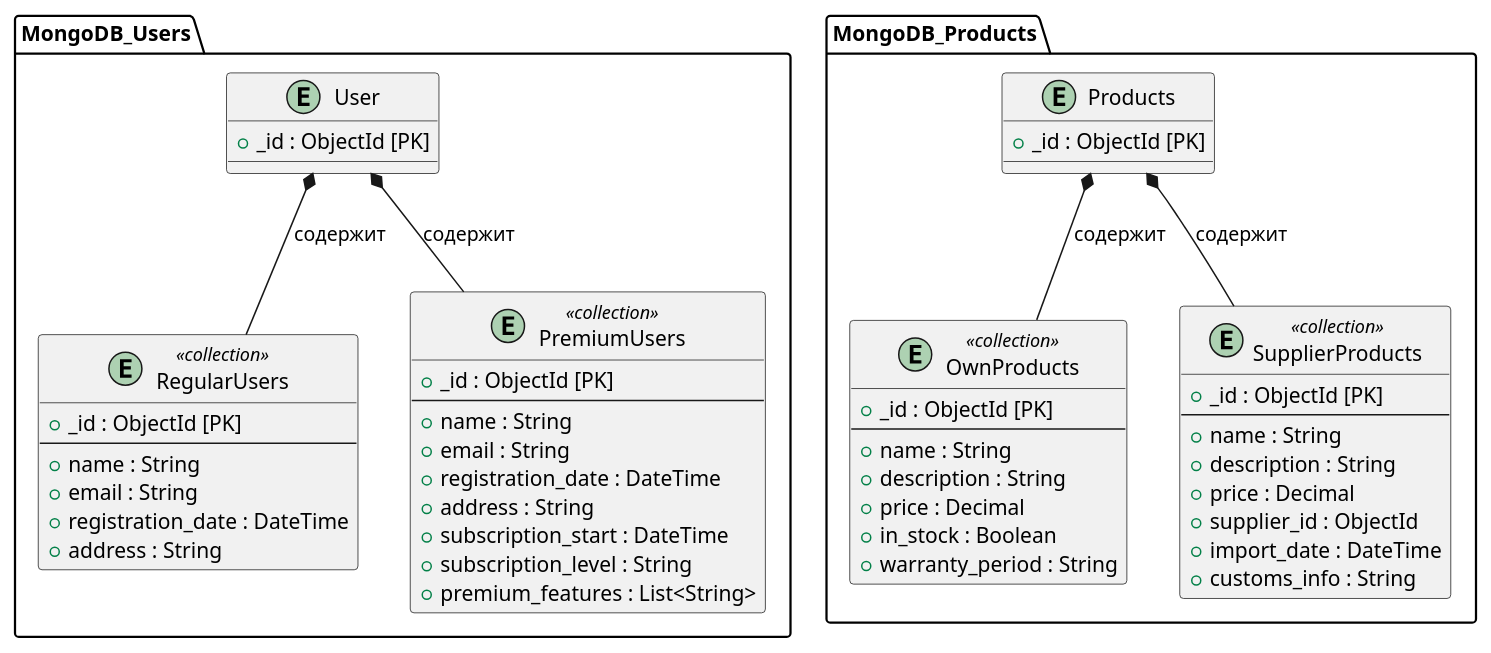
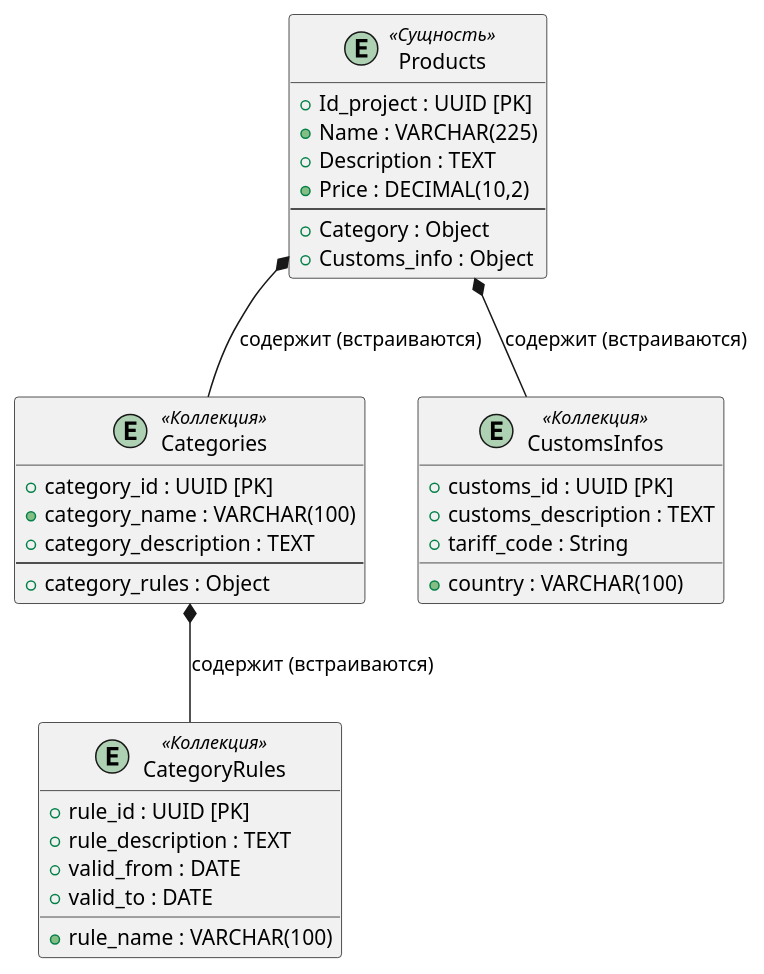
One commit to PavelMahnyuk/-_analytics_practice changed the diagram in UML_MongoDB.puml. Above: the diagram before and after it, drawn with PlantUML. The commit also changed 1 other file, not shown here.

Commit message:
испрпвленная ER документо-ориентированная

```diff
--- a/UML_MongoDB.puml
+++ b/UML_MongoDB.puml
@@ -1,63 +1,39 @@
 @startuml
-
-package MongoDB_Users {
-    entity "User" as MongoUser {
-        + _id : ObjectId [PK]
-    }
-    
-    entity "RegularUsers" as MongoRegularUsers <<collection>> {
-        + _id : ObjectId [PK]
-        --
-        + name : String
-        + email : String
-        + registration_date : DateTime
-        + address : String
-    }
-    
-    entity "PremiumUsers" as MongoPremiumUsers <<collection>> {
-        + _id : ObjectId [PK]
-        --
-        + name : String
-        + email : String
-        + registration_date : DateTime
-        + address : String
-        + subscription_start : DateTime
-        + subscription_level : String
-        + premium_features : List<String>
-    }
-    
-    
-    MongoUser *-- MongoRegularUsers : содержит
-    MongoUser *-- MongoPremiumUsers : содержит
+entity "Products" as Products <<Сущность>> {
+    + Id_project : UUID [PK]
+    + Name : VARCHAR(225)
+    + Description : TEXT
+    + Price : DECIMAL(10,2)
+    --
+    + Category : Object
+    + Customs_info : Object
 }
 
-package MongoDB_Products {
-    entity "Products" as MongoProducts {
-        + _id : ObjectId [PK]
-    }
-    entity "OwnProducts" as MongoOwnProducts <<collection>> {
-        + _id : ObjectId [PK]
-        --
-        + name : String
-        + description : String
-        + price : Decimal
-        + in_stock : Boolean
-        + warranty_period : String
-    }
-
-    entity "SupplierProducts" as MongoSupplierProducts <<collection>> {
-        + _id : ObjectId [PK]
-        --
-        + name : String
-        + description : String
-        + price : Decimal
-        + supplier_id : ObjectId
-        + import_date : DateTime
-        + customs_info : String
-    }
-
-    MongoProducts *-- MongoOwnProducts : содержит
-    MongoProducts *-- MongoSupplierProducts : содержит
+entity "Categories" as Categories <<Коллекция>> {
+    + category_id : UUID [PK]
+    + category_name : VARCHAR(100)
+    + category_description : TEXT
+    --
+    + category_rules : Object
 }
 
+entity "CustomsInfos" as CustomsInfo <<Коллекция>> {
+    + customs_id : UUID [PK]
+    + country : VARCHAR(100)
+    + customs_description : TEXT
+    + tariff_code : String
+}
+
+entity "CategoryRules" as CategoryRules <<Коллекция>> {
+    + rule_id : UUID [PK]
+    + rule_name : VARCHAR(100)
+    + rule_description : TEXT
+    + valid_from : DATE
+    + valid_to : DATE
+}
+
+Products *-- Categories : содержит (встраиваются)
+Products *-- CustomsInfo : содержит (встраиваются)
+Categories *-- CategoryRules : содержит (встраиваются)
+
 @enduml
```
